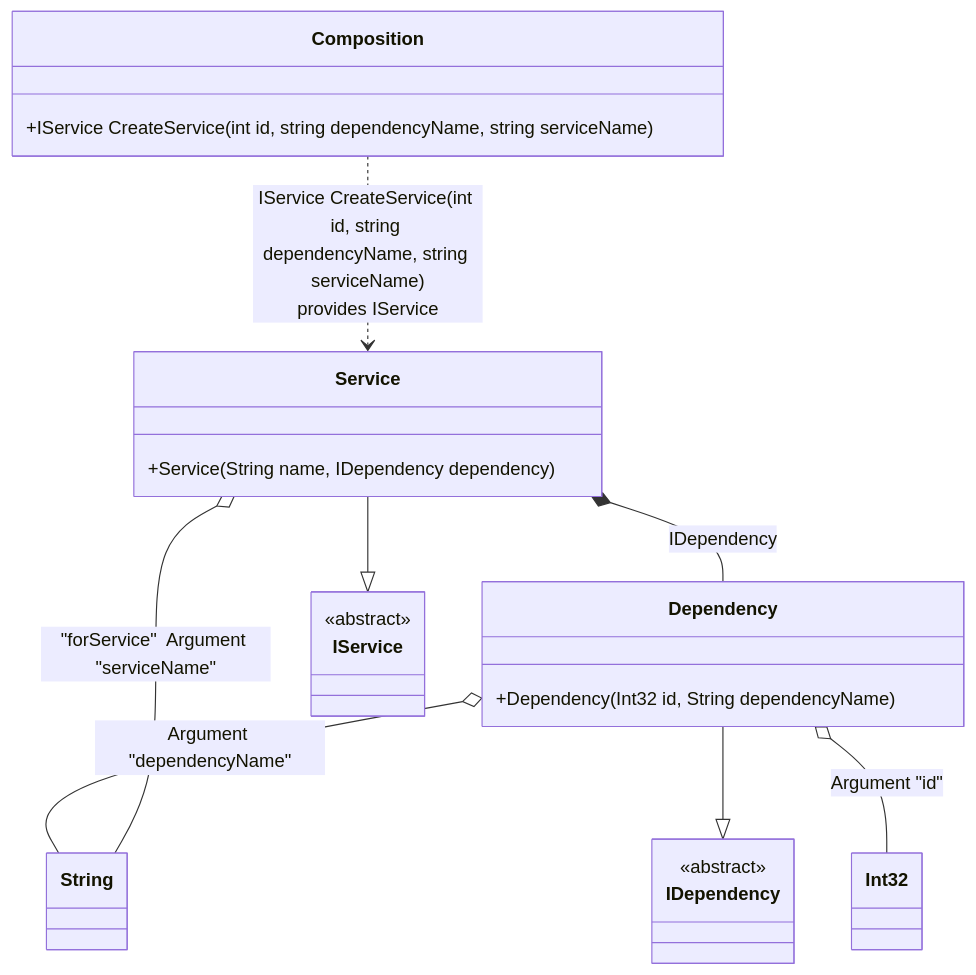
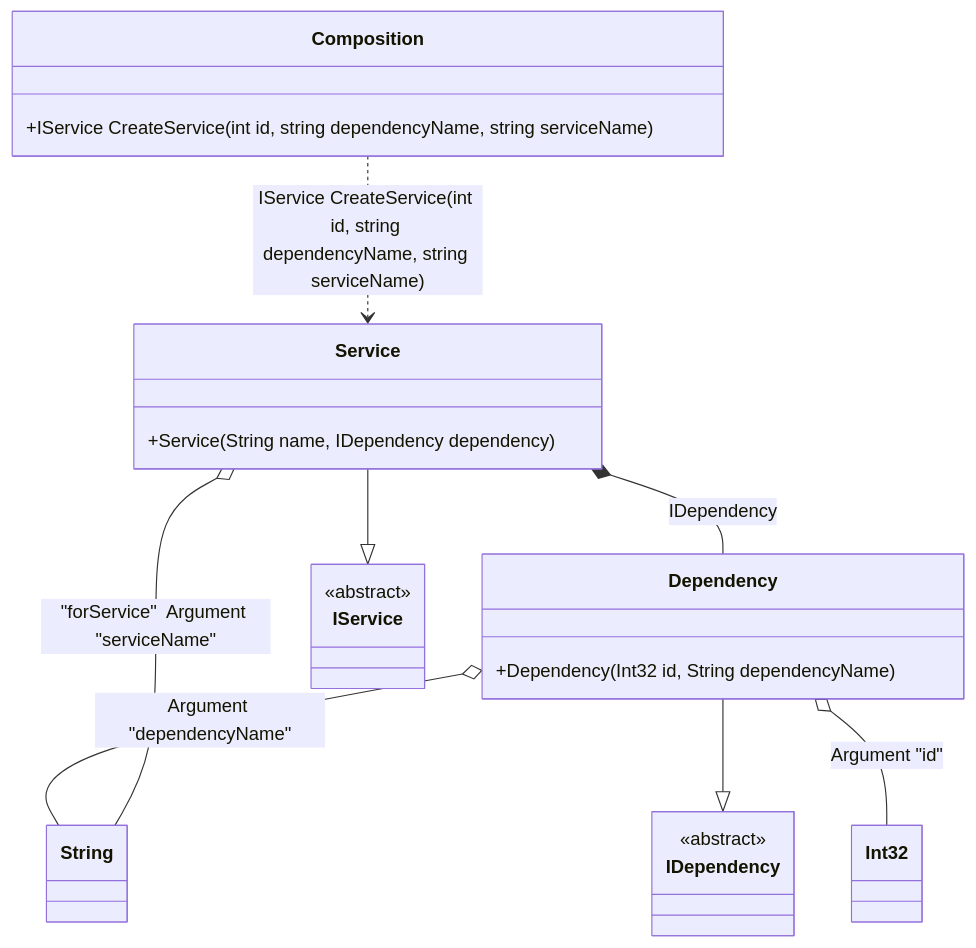
The diagram in readme/root-arguments.md (DevTeam/Pure.DI), drawn with Mermaid before and after one commit. The commit also changed other lines of this file and 74 other files, not shown here.

````diff
--- a/readme/root-arguments.md
+++ b/readme/root-arguments.md
@@ -65,27 +65,27 @@
 ```mermaid
 classDiagram
   class Composition {
     +IService CreateService(int id, string dependencyName, string serviceName)
   }
   class Int32
   class String
   Dependency --|> IDependency : 
   class Dependency {
     +Dependency(Int32 id, String dependencyName)
   }
   Service --|> IService : 
   class Service {
     +Service(String name, IDependency dependency)
   }
   class IDependency {
     <<abstract>>
   }
   class IService {
     <<abstract>>
   }
   Dependency o-- Int32 : Argument "id"
   Dependency o-- String : Argument "dependencyName"
   Service o-- String : "forService"  Argument "serviceName"
   Service *--  Dependency : IDependency
-  Composition ..> Service : IService CreateService(int id, string dependencyName, string serviceName)<br/>provides IService
+  Composition ..> Service : IService CreateService(int id, string dependencyName, string serviceName)
 ```
````
